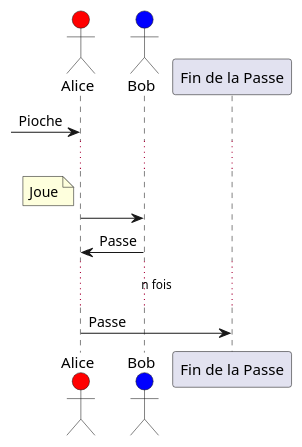
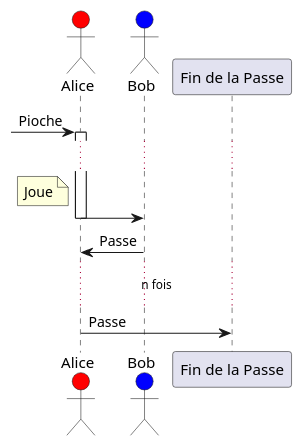
One commit to de-dale/wiki changed the fifth of 7 diagrams in sphérier/référence/phases-de-jeu/combat.md. Above: the diagram before and after it, drawn with PlantUML. The commit also changed other lines of this file, not shown here.

````diff
--- a/sphérier/référence/phases-de-jeu/combat.md
+++ b/sphérier/référence/phases-de-jeu/combat.md
@@ -184,14 +184,13 @@
 ```plantuml
 actor Alice #red
 actor Bob #blue
-[-> Alice: Pioche
+[-> Alice ++ : Pioche
 
 ...
 note left of Alice: Joue
 Alice -> Bob --
 Bob -> Alice : Passe
-
 ...n fois... 
 
 Alice -> "Fin de la Passe" ** : Passe
 ```
````
